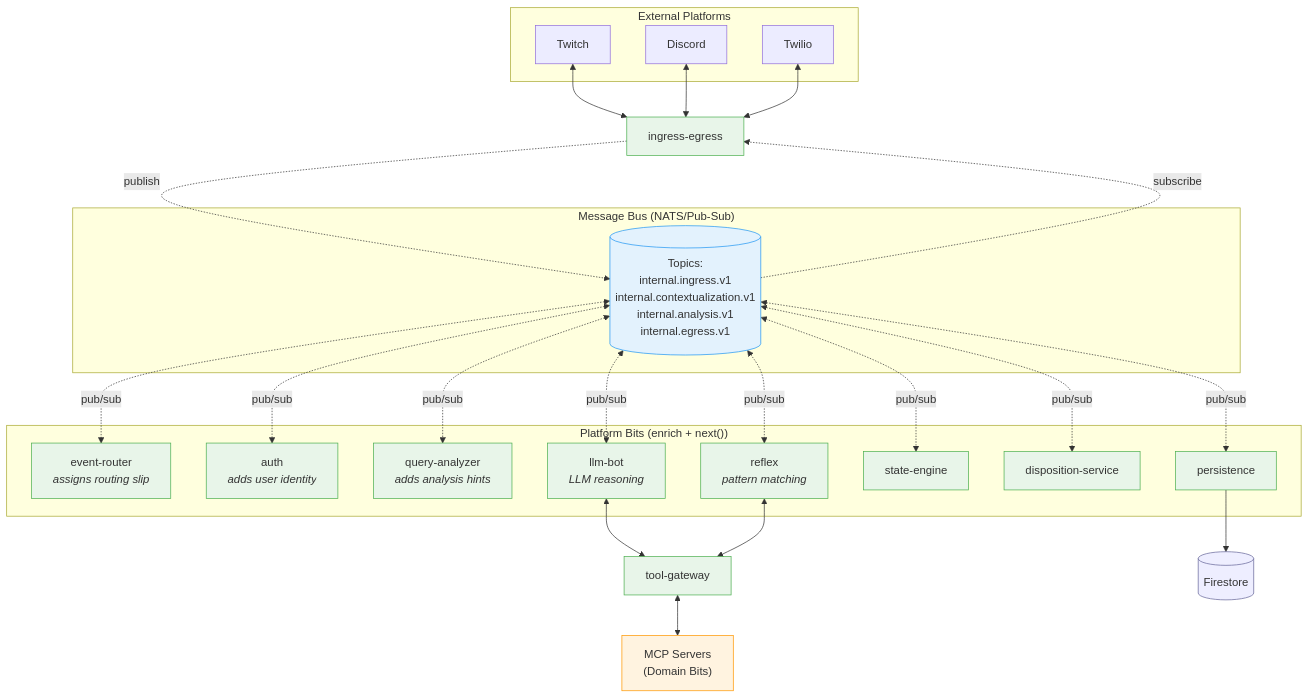
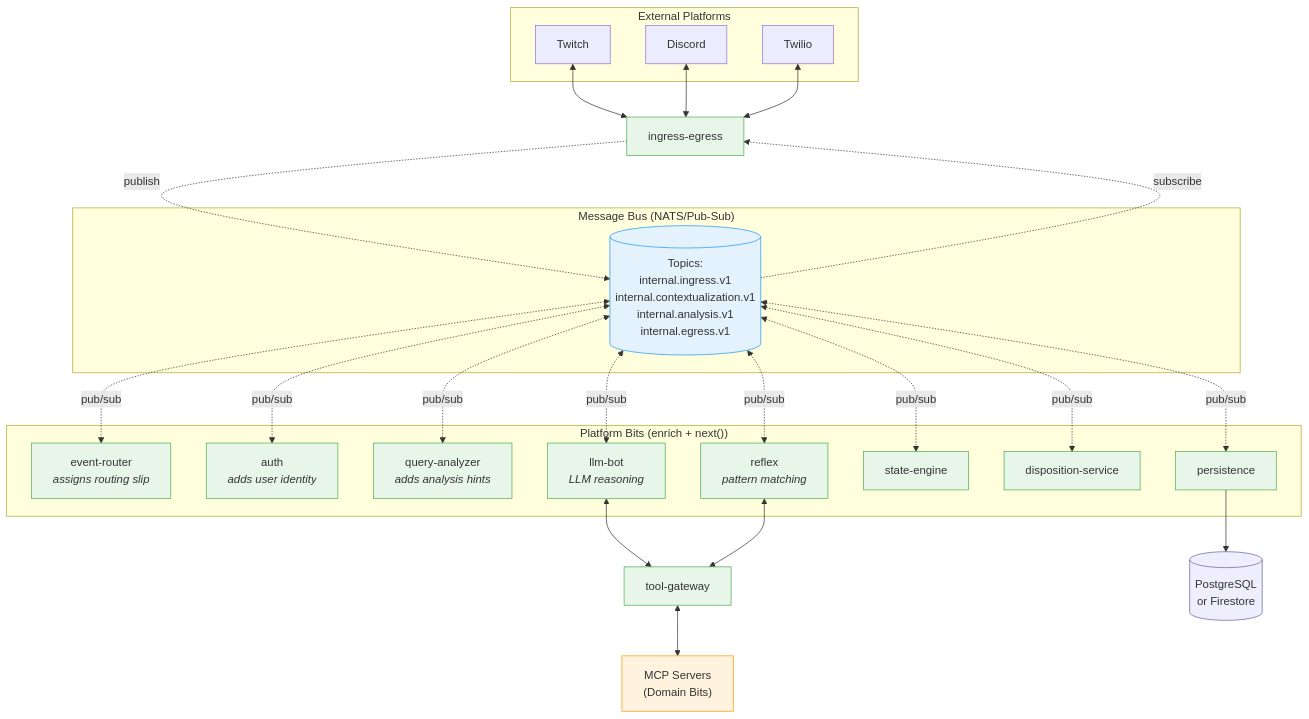
Before and after one commit to cnavta/BitBrat: the diagram in README.md, drawn with Mermaid. The commit also changed other lines of this file and 12 other files, not shown here.

First line of the commit message:
docs: Sprint 345 Phases 1-2 complete - PostgreSQL-first, platform-agnostic documentation

````diff
--- a/README.md
+++ b/README.md
@@ -172,51 +153,51 @@
 ```mermaid
 flowchart TB
   subgraph External["External Platforms"]
     TW[Twitch]
     DC[Discord]
     TL[Twilio]
   end
 
   TW & DC & TL <--> IE[ingress-egress]
 
   subgraph "Message Bus (NATS/Pub-Sub)"
     BUS[("Topics:<br/>internal.ingress.v1<br/>internal.contextualization.v1<br/>internal.analysis.v1<br/>internal.egress.v1")]
   end
 
   IE -.->|publish| BUS
   BUS -.->|subscribe| IE
 
   subgraph "Platform Bits (enrich + next())"
     ER[event-router<br/><i>assigns routing slip</i>]
     AU[auth<br/><i>adds user identity</i>]
     QA[query-analyzer<br/><i>adds analysis hints</i>]
     LB[llm-bot<br/><i>LLM reasoning</i>]
     RFX[reflex<br/><i>pattern matching</i>]
     SE[state-engine]
     DS[disposition-service]
     PE[persistence]
   end
 
   BUS <-.->|pub/sub| ER
   BUS <-.->|pub/sub| AU
   BUS <-.->|pub/sub| QA
   BUS <-.->|pub/sub| LB
   BUS <-.->|pub/sub| RFX
   BUS <-.->|pub/sub| SE
   BUS <-.->|pub/sub| DS
   BUS <-.->|pub/sub| PE
 
   LB <--> TG[tool-gateway]
   RFX <--> TG
   TG <--> MCP["MCP Servers<br/>(Domain Bits)"]
-  PE --> FS[(Firestore)]
+  PE --> DB[(PostgreSQL<br/>or Firestore)]
 
   classDef store fill:#eef,stroke:#669;
   classDef platform fill:#e8f5e9,stroke:#4caf50;
   classDef domain fill:#fff3e0,stroke:#ff9800;
   classDef bus fill:#e3f2fd,stroke:#2196f3;
-  class FS store;
+  class DB store;
   class IE,ER,AU,LB,QA,RFX,TG,SE,DS,PE platform;
   class MCP domain;
   class BUS bus;
 ```
````
